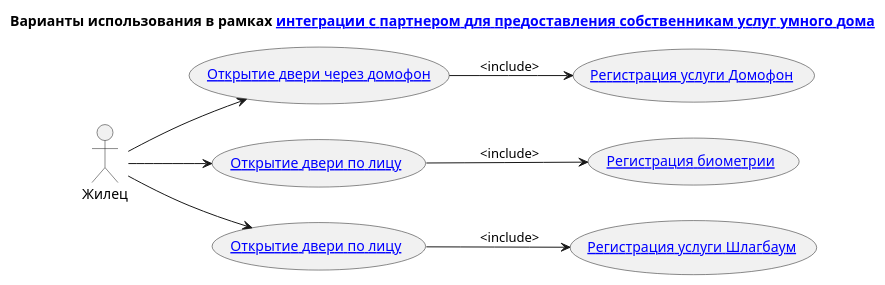
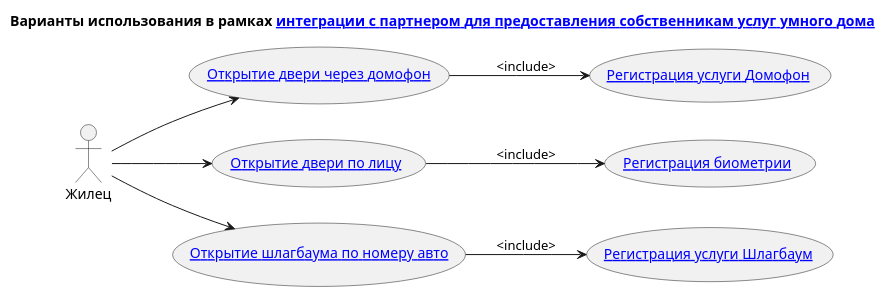
Before and after one commit to asbelon/architecture-sprint-7: the diagram in Exc3/uc/uc.puml, drawn with PlantUML. The commit also changed 5 other files, not shown here.

```diff
--- a/Exc3/uc/uc.puml
+++ b/Exc3/uc/uc.puml
@@ -1,26 +1,26 @@
 @startuml
 
 title Варианты использования в рамках [[./../context.puml интеграции с партнером для предоставления собственникам услуг умного дома]]
 
 left to right direction
 
 actor Жилец as Tenant
 
 usecase "[[./UC02i1.puml Регистрация услуги Домофон]]" as UC02i1
 usecase "[[./UC02.puml Открытие двери через домофон]]" as UC02
 usecase "[[./UC03.puml Открытие двери по лицу]]" as UC03
 usecase "[[./UC05i1.puml Регистрация услуги Шлагбаум]]" as UC05i1
-usecase "[[./UC05.puml Открытие двери по лицу]]" as UC05
+usecase "[[./UC05.puml Открытие шлагбаума по номеру авто]]" as UC05
 usecase "[[./UC03i1.puml Регистрация биометрии]]" as UC03i1
 
 Tenant --> UC02
 Tenant --> UC03
 Tenant --> UC05
 
 UC02 --> UC02i1: <include>
 UC05 --> UC05i1: <include>
 UC03 --> UC03i1: <include>
 
 'url of UC01 is [[./uc.puml]]
 
 @enduml
```
